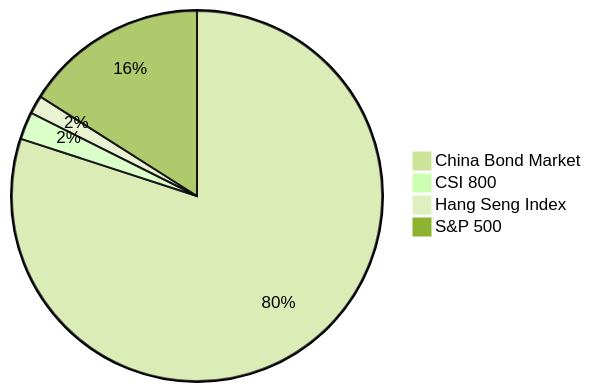
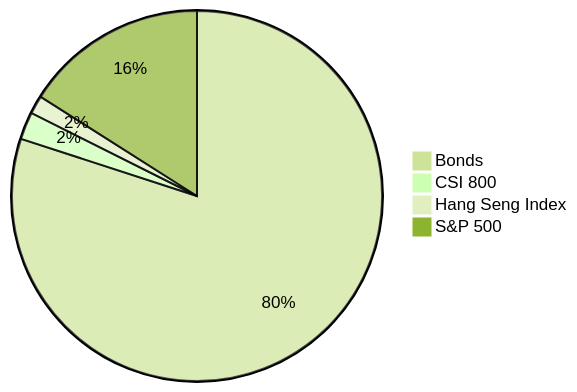
Before and after one commit to low-earth-orbit/notes: the first of 5 diagrams in chinese-couch-potato.md, drawn with Mermaid (forest theme). The commit also changed other lines of this file and 2 other files, not shown here.

````diff
--- a/chinese-couch-potato.md
+++ b/chinese-couch-potato.md
@@ -125,7 +137,7 @@
 ```mermaid
 pie
-"China Bond Market" : 80
+"Bonds" : 80
 "CSI 800": 2.4
 "Hang Seng Index" : 1.6
 "S&P 500" : 16
 ```
````
